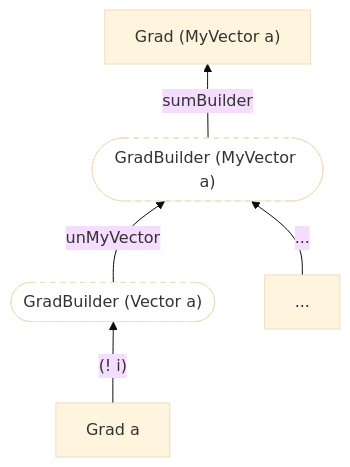
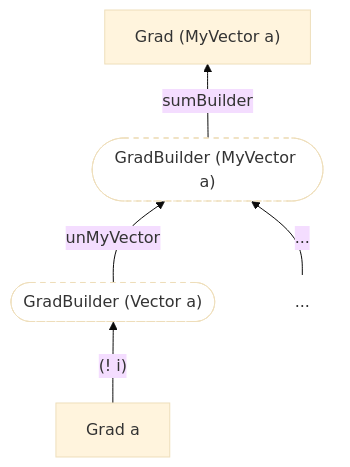
Before and after one commit to andriusstank/downhill: the third of 3 diagrams in doc/docs/intro/part3.md, drawn with Mermaid (base theme). The commit also changed other lines of this file and 1 other file, not shown here.

````diff
--- a/doc/docs/intro/part3.md
+++ b/doc/docs/intro/part3.md
@@ -185,14 +158,15 @@
 ``` mermaid
 graph BT
   nodeMyVectorB["Grad (MyVector a)"]
   nodeMyVectorB1(["GradBuilder (MyVector a)"])
   nodeMore["..."]
+  style nodeMore fill:none,stroke:none
   style nodeMyVectorB1 fill:white,stroke-dasharray: 5 5
   nodeVectorB1(["GradBuilder (Vector a)"])
   style nodeVectorB1 fill:white,stroke-dasharray: 5 5
   nodeItemB["Grad a"]
   nodeItemB-- "(! i)" -->nodeVectorB1
   nodeVectorB1-- unMyVector -->nodeMyVectorB1
   nodeMyVectorB1-- sumBuilder -->nodeMyVectorB
   nodeMore-- "..." -->nodeMyVectorB1
 ```
````
